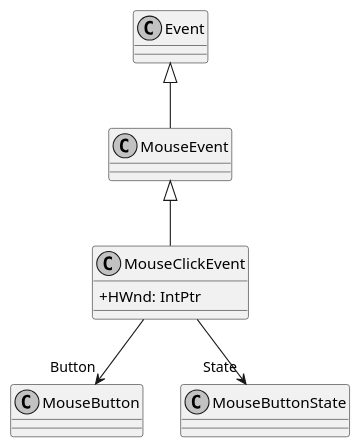
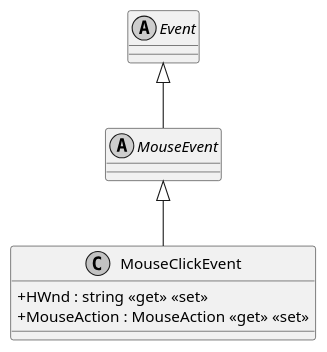
The diagram in documents/sd/plantuml/application/Modules/Mouse/Events/MouseClickEvent.puml (insightmind/MORR), drawn with PlantUML before and after one commit. The commit also changed 10 other files, not shown here.

```diff
--- a/documents/sd/plantuml/application/Modules/Mouse/Events/MouseClickEvent.puml
+++ b/documents/sd/plantuml/application/Modules/Mouse/Events/MouseClickEvent.puml
@@ -1,12 +1,14 @@
 @startuml
 skinparam monochrome true
 skinparam classAttributeIconSize 0
 
 class MouseClickEvent {
-    + HWnd: IntPtr
+    + HWnd : string <<get>> <<set>>
+    + MouseAction : MouseAction <<get>> <<set>>
 }
+abstract class MouseEvent
+abstract class Event
 MouseEvent <|-- MouseClickEvent
 Event <|-- MouseEvent
-MouseClickEvent --> "Button" MouseButton
-MouseClickEvent --> "State" MouseButtonState
+
 @enduml
```
